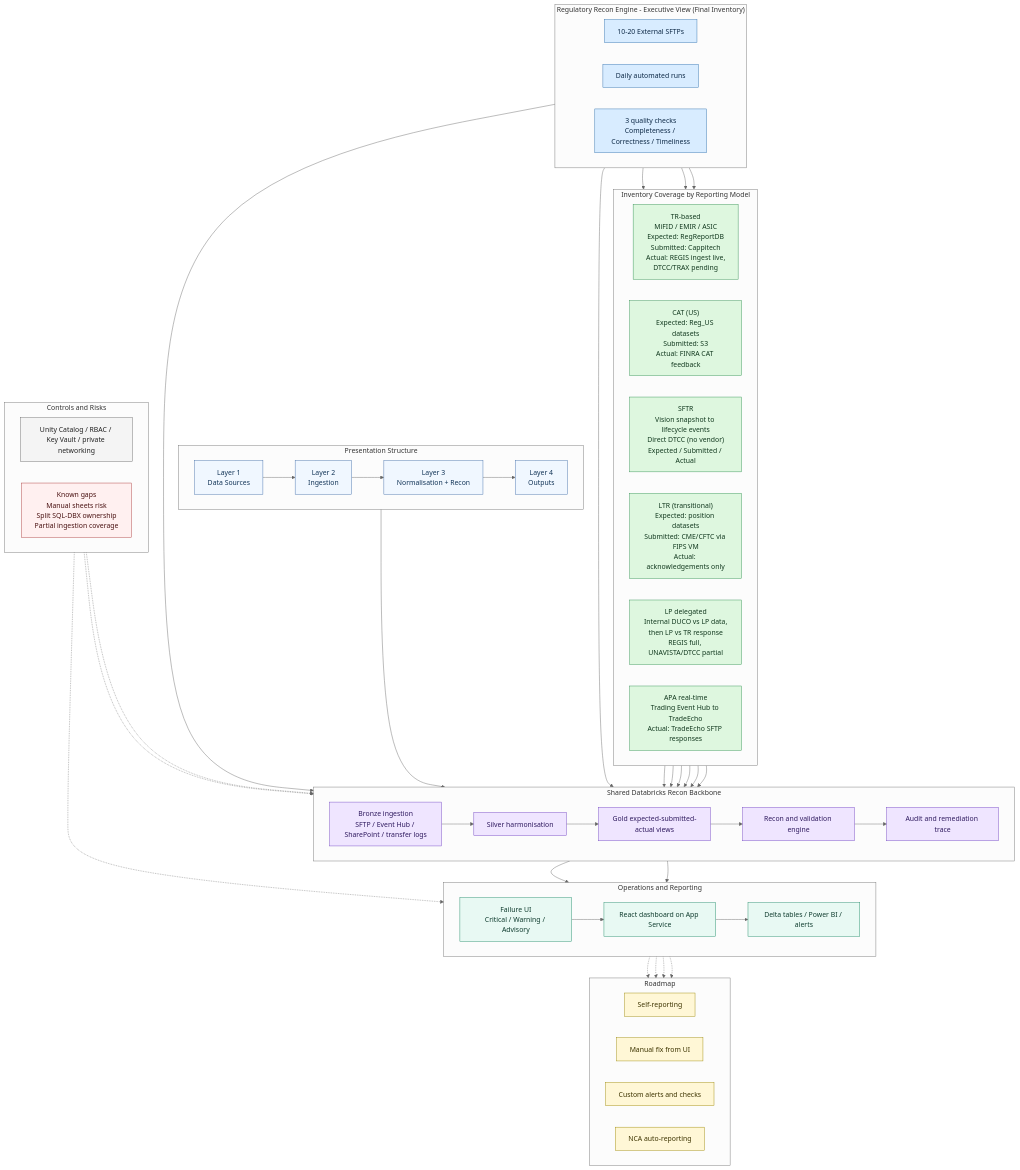
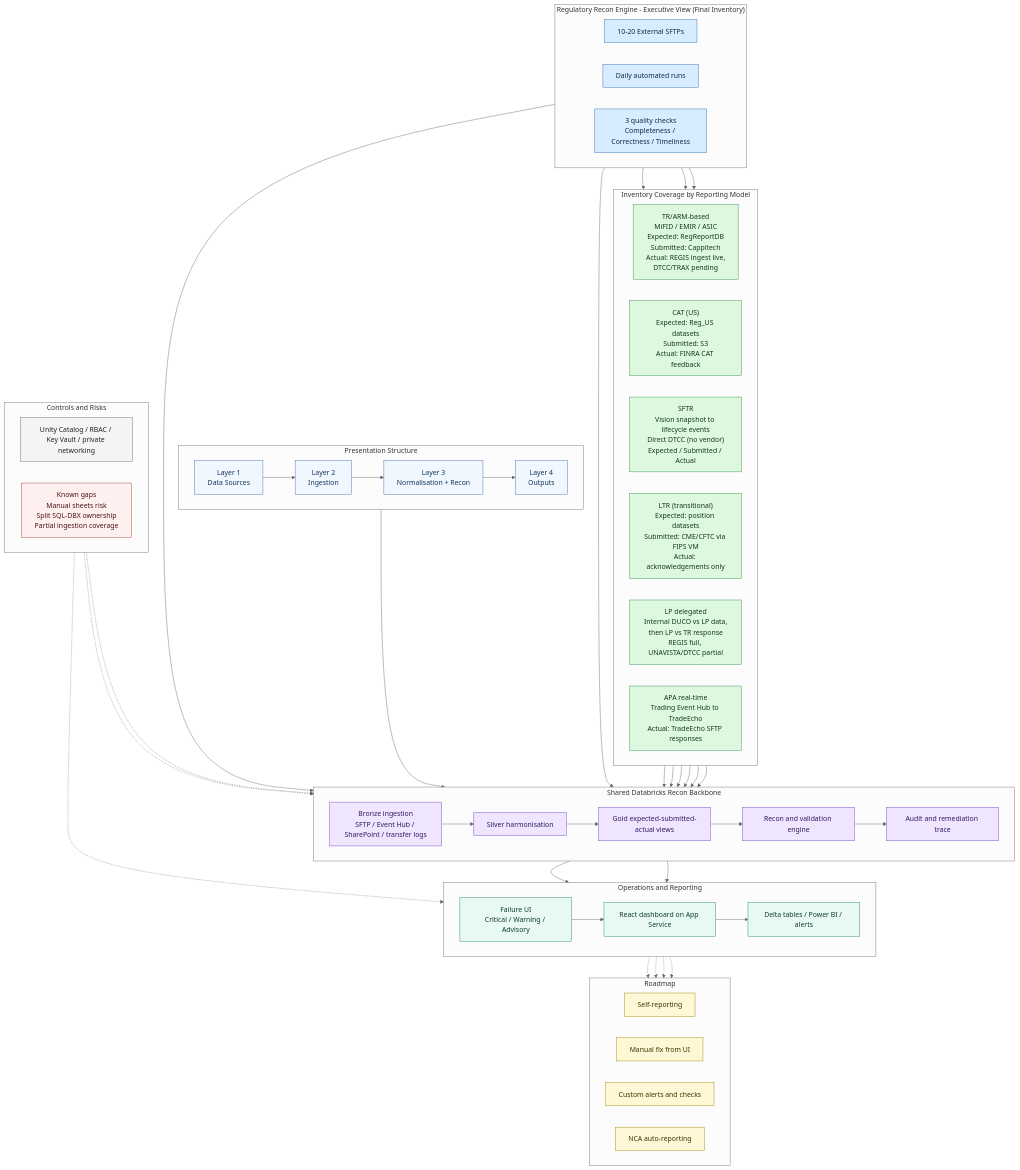
One commit to valentinosko-hub/RegTech changed the diagram in docs/regtech-recon-engine-exec-diagram.mmd. Above: the diagram before and after it, drawn with Mermaid (neutral theme). The commit also changed 3 other files, not shown here.

Commit message:
Rename TR-based label to TR/ARM-based

```diff
--- a/docs/regtech-recon-engine-exec-diagram.mmd
+++ b/docs/regtech-recon-engine-exec-diagram.mmd
@@ -1,102 +1,102 @@
 flowchart TD
   subgraph KPI["Regulatory Recon Engine - Executive View (Final Inventory)"]
     direction LR
     K1["10-20 External SFTPs"]
     K2["Daily automated runs"]
     K3["3 quality checks\nCompleteness / Correctness / Timeliness"]
   end
 
   subgraph LAYER["Presentation Structure"]
     direction LR
     L1["Layer 1\nData Sources"]
     L2["Layer 2\nIngestion"]
     L3["Layer 3\nNormalisation + Recon"]
     L4["Layer 4\nOutputs"]
     L1 --> L2 --> L3 --> L4
   end
 
   subgraph MODELS["Inventory Coverage by Reporting Model"]
     direction LR
-    M1["TR-based\nMiFID / EMIR / ASIC\nExpected: RegReportDB\nSubmitted: Cappitech\nActual: REGIS ingest live,\nDTCC/TRAX pending"]
+    M1["TR/ARM-based\nMiFID / EMIR / ASIC\nExpected: RegReportDB\nSubmitted: Cappitech\nActual: REGIS ingest live,\nDTCC/TRAX pending"]
     M2["CAT (US)\nExpected: Reg_US datasets\nSubmitted: S3\nActual: FINRA CAT feedback"]
     M3["SFTR\nVision snapshot to lifecycle events\nDirect DTCC (no vendor)\nExpected / Submitted / Actual"]
     M4["LTR (transitional)\nExpected: position datasets\nSubmitted: CME/CFTC via FIPS VM\nActual: acknowledgements only"]
     M5["LP delegated\nInternal DUCO vs LP data,\nthen LP vs TR response\nREGIS full, UNAVISTA/DTCC partial"]
     M6["APA real-time\nTrading Event Hub to TradeEcho\nActual: TradeEcho SFTP responses"]
   end
 
   subgraph CORE["Shared Databricks Recon Backbone"]
     direction LR
     BR["Bronze ingestion\nSFTP / Event Hub / SharePoint / transfer logs"]
     SI["Silver harmonisation"]
     GO["Gold expected-submitted-actual views"]
     RE["Recon and validation engine"]
     AU["Audit and remediation trace"]
     BR --> SI --> GO --> RE --> AU
   end
 
   subgraph OUT["Operations and Reporting"]
     direction LR
     UI["Failure UI\nCritical / Warning / Advisory"]
     DASH["React dashboard on App Service"]
     REP["Delta tables / Power BI / alerts"]
     UI --> DASH --> REP
   end
 
   subgraph CTRL["Controls and Risks"]
     direction LR
     SEC["Unity Catalog / RBAC / Key Vault / private networking"]
     RISK["Known gaps\nManual sheets risk\nSplit SQL-DBX ownership\nPartial ingestion coverage"]
   end
 
   subgraph ROAD["Roadmap"]
     direction LR
     R1["Self-reporting"]
     R2["Manual fix from UI"]
     R3["Custom alerts and checks"]
     R4["NCA auto-reporting"]
   end
 
   K1 --> M1
   K1 --> M3
   K1 --> M5
   K2 --> CORE
   K3 --> RE
 
   M1 --> BR
   M2 --> BR
   M3 --> BR
   M4 --> BR
   M5 --> BR
   M6 --> BR
 
   LAYER --> CORE
   RE --> UI
   AU --> UI
 
   SEC -.-> CORE
   SEC -.-> DASH
   RISK -.-> CORE
 
   DASH -.-> R1
   DASH -.-> R2
   DASH -.-> R3
   DASH -.-> R4
 
   classDef kpi fill:#d8ecff,stroke:#2f6fab,stroke-width:1px,color:#0e2a47;
   classDef layer fill:#f0f7ff,stroke:#3f6ca8,stroke-width:1px,color:#123457;
   classDef model fill:#def7df,stroke:#2f8f4f,stroke-width:1px,color:#12391f;
   classDef core fill:#efe5ff,stroke:#6f42c1,stroke-width:1px,color:#2f1a5f;
   classDef out fill:#e8f9f3,stroke:#1d8a66,stroke-width:1px,color:#0f3c2e;
   classDef ctrl fill:#f4f4f4,stroke:#666,stroke-width:1px,color:#222;
   classDef road fill:#fff7d6,stroke:#9b8700,stroke-width:1px,color:#3d3400;
   classDef risks fill:#fff0f0,stroke:#a33,stroke-width:1px,color:#4a1212;
 
   class K1,K2,K3 kpi;
   class L1,L2,L3,L4 layer;
   class M1,M2,M3,M4,M5,M6 model;
   class BR,SI,GO,RE,AU core;
   class UI,DASH,REP out;
   class SEC ctrl;
   class RISK risks;
   class R1,R2,R3,R4 road;
```
